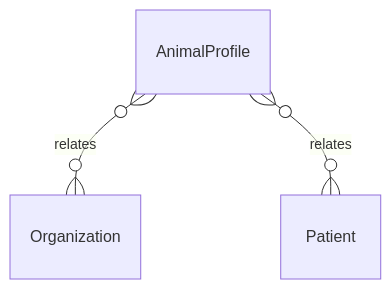
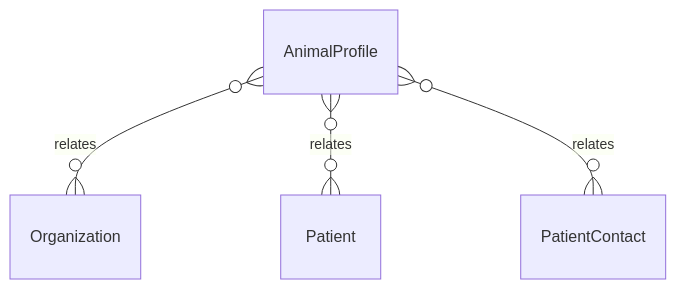
One commit to tejasnirala/rcln changed the diagram in .kb/Database/AnimalProfile.md. Above: the diagram before and after it, drawn with Mermaid. The commit also changed other lines of this file and 126 other files, not shown here.

````diff
--- a/.kb/Database/AnimalProfile.md
+++ b/.kb/Database/AnimalProfile.md
@@ -43,5 +47,6 @@
 ```mermaid
 erDiagram
     AnimalProfile }o--o{ Organization : relates
     AnimalProfile }o--o{ Patient : relates
+    AnimalProfile }o--o{ PatientContact : relates
 ```
````
